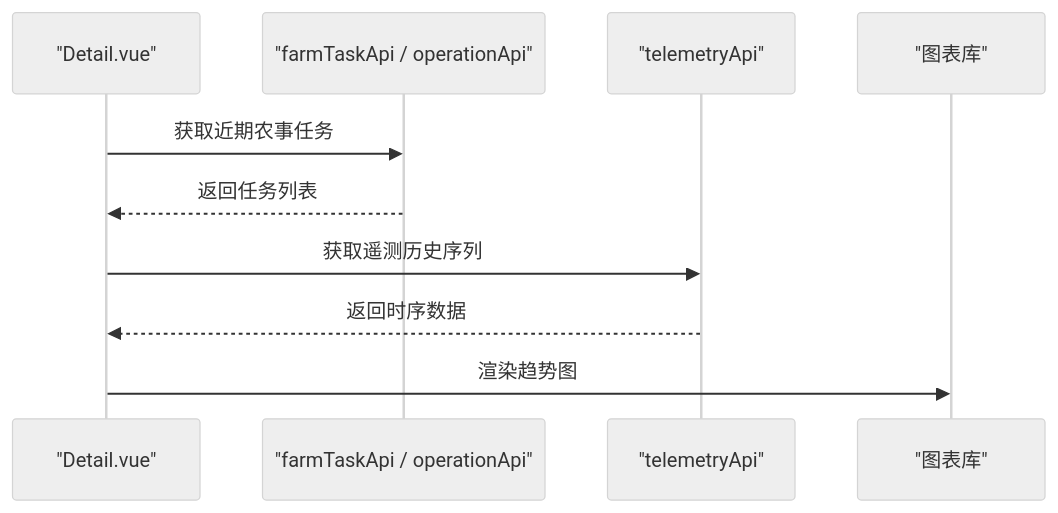
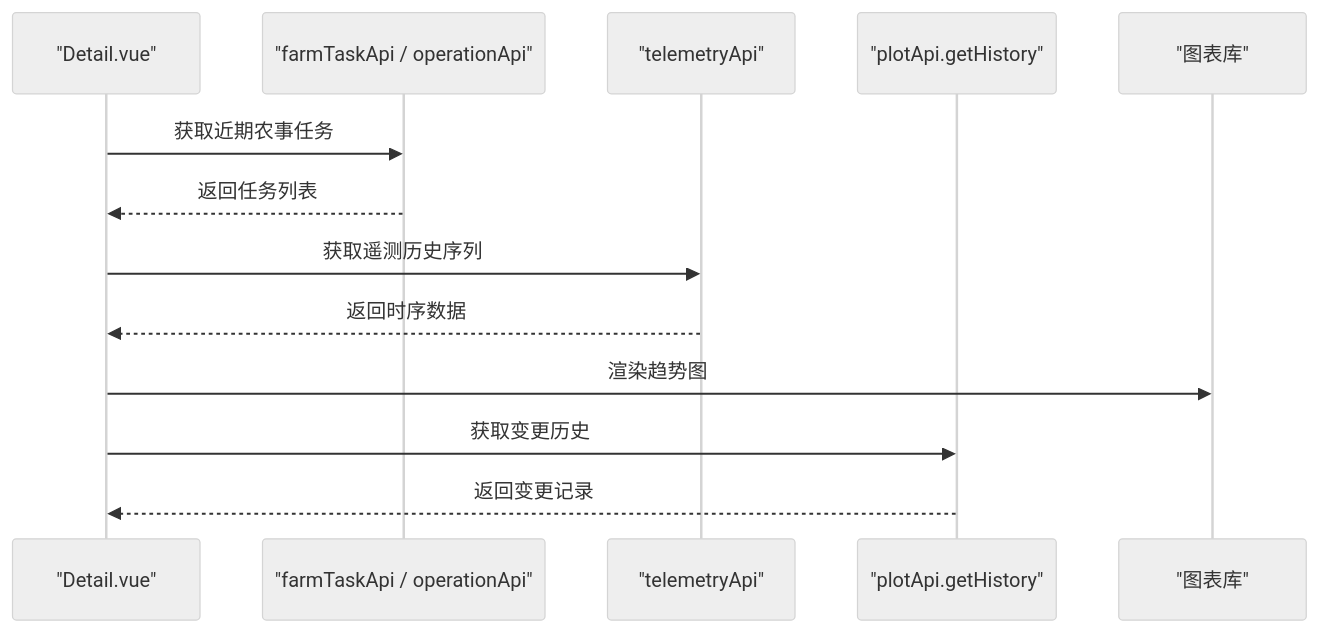
One commit to q446328246/agri-platform changed the sixth of 8 diagrams in .qoder/repowiki/zh/content/前端应用文档/核心页面/地块管理页面/地块详情页面.md. Above: the diagram before and after it, drawn with Mermaid (neutral theme). The commit also changed other lines of this file and 52 other files, not shown here.

````diff
--- a/.qoder/repowiki/zh/content/前端应用文档/核心页面/地块管理页面/地块详情页面.md
+++ b/.qoder/repowiki/zh/content/前端应用文档/核心页面/地块管理页面/地块详情页面.md
@@ -192,12 +297,15 @@
 ```mermaid
 sequenceDiagram
 participant Page as "Detail.vue"
 participant TaskAPI as "farmTaskApi / operationApi"
 participant TelemetryAPI as "telemetryApi"
+participant ChangeLogAPI as "plotApi.getHistory"
 participant Chart as "图表库"
 Page->>TaskAPI : 获取近期农事任务
 TaskAPI-->>Page : 返回任务列表
 Page->>TelemetryAPI : 获取遥测历史序列
 TelemetryAPI-->>Page : 返回时序数据
 Page->>Chart : 渲染趋势图
+Page->>ChangeLogAPI : 获取变更历史
+ChangeLogAPI-->>Page : 返回变更记录
 ```
````
